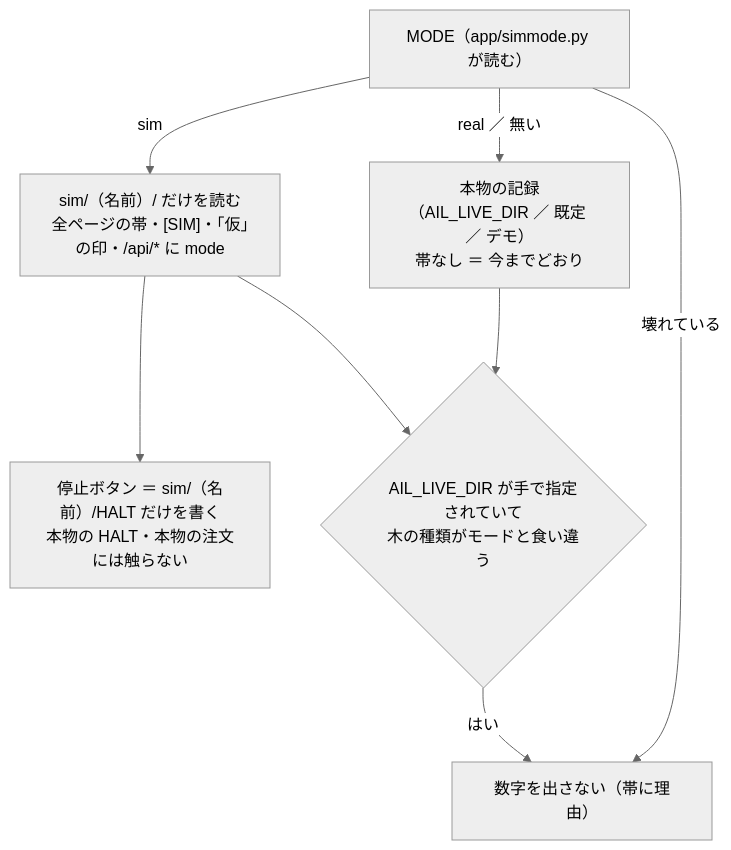
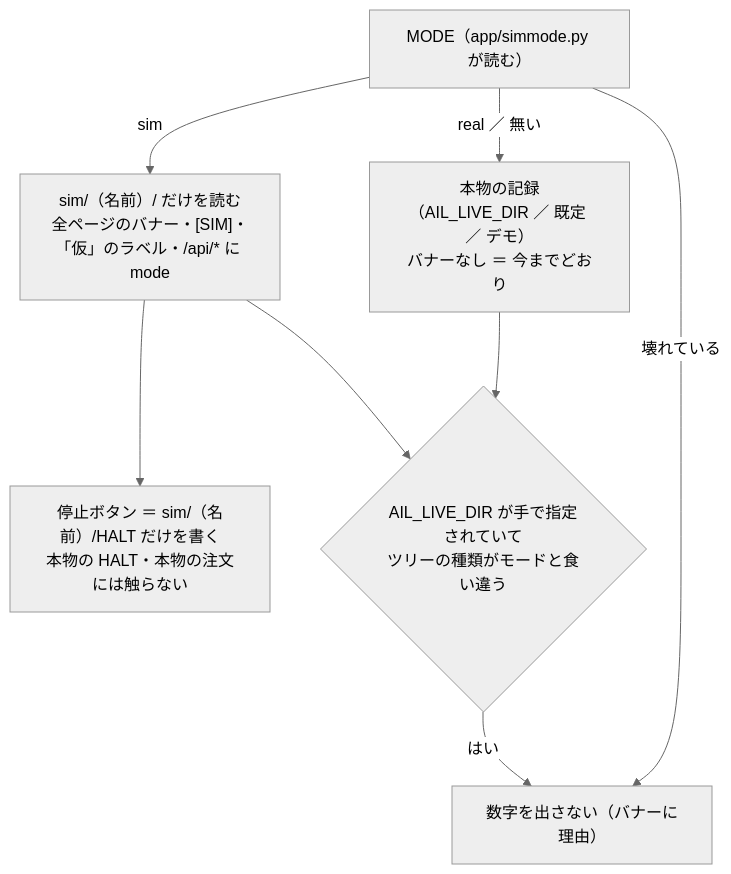
One commit to akiraak/ai-income-lab changed the ninth of 28 diagrams in docs/specs/dashboard.md. Above: the diagram before and after it, drawn with Mermaid (neutral theme). The commit also changed other lines of this file and 45 other files, not shown here.

````diff
--- a/docs/specs/dashboard.md
+++ b/docs/specs/dashboard.md
@@ -546,10 +546,10 @@
 ```mermaid
 flowchart TD
-  M["MODE（app/simmode.py が読む）"] -->|real ／ 無い| R["本物の記録（AIL_LIVE_DIR ／ 既定 ／ デモ）<br/>帯なし ＝ 今までどおり"]
-  M -->|sim| S["sim/（名前）/ だけを読む<br/>全ページの帯・[SIM]・「仮」の印・/api/* に mode"]
-  M -->|壊れている| X["数字を出さない（帯に理由）"]
+  M["MODE（app/simmode.py が読む）"] -->|real ／ 無い| R["本物の記録（AIL_LIVE_DIR ／ 既定 ／ デモ）<br/>バナーなし ＝ 今までどおり"]
+  M -->|sim| S["sim/（名前）/ だけを読む<br/>全ページのバナー・[SIM]・「仮」のラベル・/api/* に mode"]
+  M -->|壊れている| X["数字を出さない（バナーに理由）"]
   S --> H["停止ボタン ＝ sim/（名前）/HALT だけを書く<br/>本物の HALT・本物の注文には触らない"]
-  R --> C{"AIL_LIVE_DIR が手で指定されていて<br/>木の種類がモードと食い違う"}
+  R --> C{"AIL_LIVE_DIR が手で指定されていて<br/>ツリーの種類がモードと食い違う"}
   S --> C
   C -->|はい| X
 ```
````
